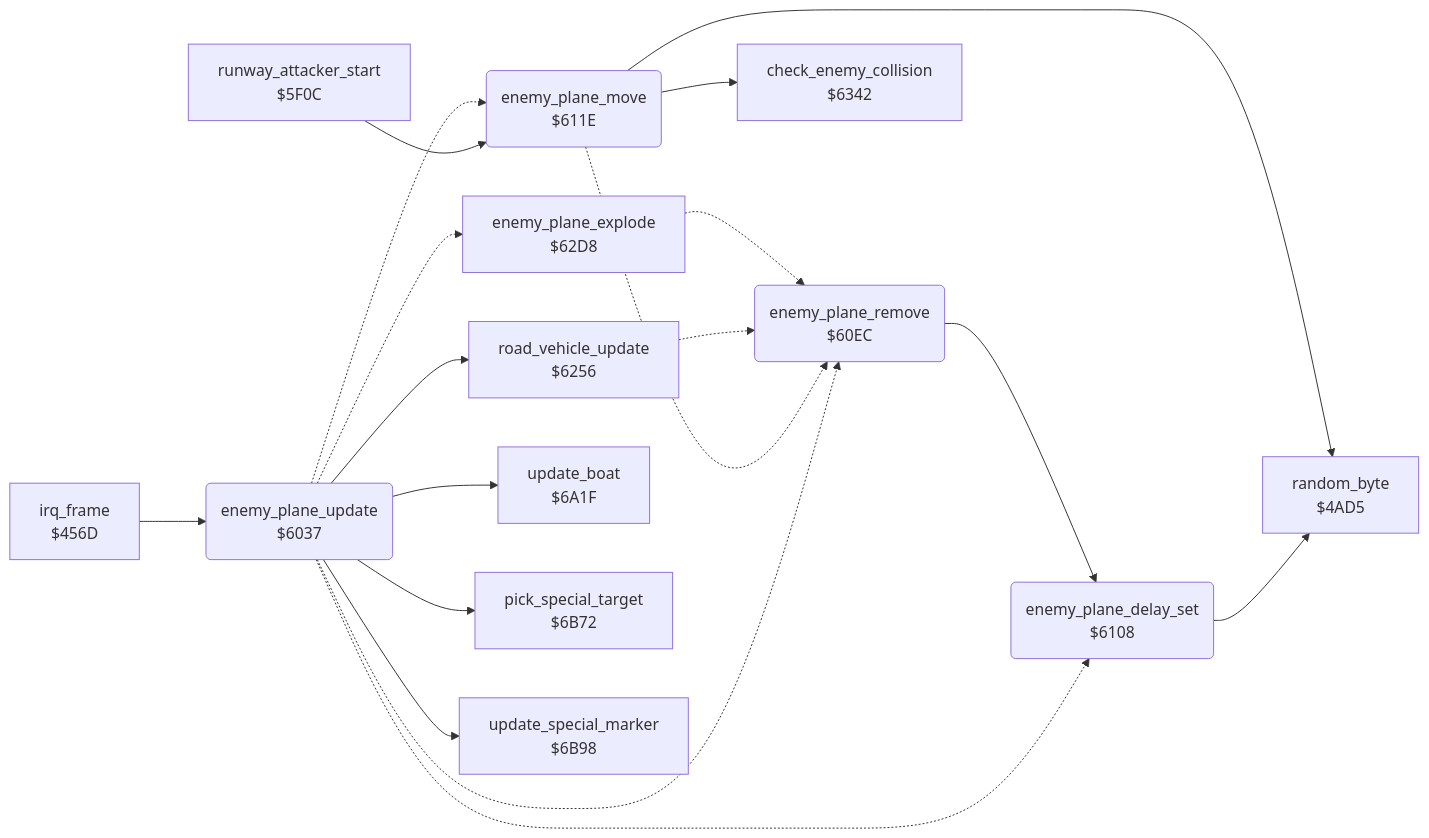
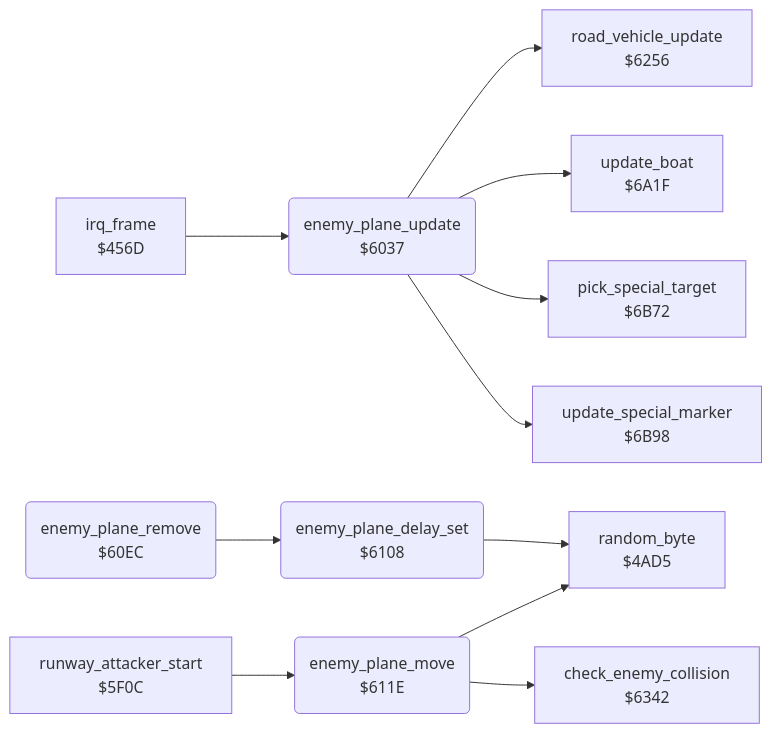
Before and after one commit to henols/c64_games: the diagram in blue_max/docs/reference/modules/enemy/enemy_plane.md, drawn with Mermaid. The commit also changed other lines of this file and 1100 other files, not shown here.

````diff
--- a/blue_max/docs/reference/modules/enemy/enemy_plane.md
+++ b/blue_max/docs/reference/modules/enemy/enemy_plane.md
@@ -10,33 +19,25 @@
 ```mermaid
 flowchart LR
   n456d["irq_frame<br/>$456D"]
   n4ad5["random_byte<br/>$4AD5"]
   n5f0c["runway_attacker_start<br/>$5F0C"]
   n6037("enemy_plane_update<br/>$6037")
   n60ec("enemy_plane_remove<br/>$60EC")
   n6108("enemy_plane_delay_set<br/>$6108")
   n611e("enemy_plane_move<br/>$611E")
   n6256["road_vehicle_update<br/>$6256"]
-  n62d8["enemy_plane_explode<br/>$62D8"]
   n6342["check_enemy_collision<br/>$6342"]
   n6a1f["update_boat<br/>$6A1F"]
   n6b72["pick_special_target<br/>$6B72"]
   n6b98["update_special_marker<br/>$6B98"]
   n456d --> n6037
   n5f0c --> n611e
-  n6037 -.-> n60ec
-  n6037 -.-> n6108
-  n6037 -.-> n611e
   n6037 --> n6256
-  n6037 -.-> n62d8
   n6037 --> n6a1f
   n6037 --> n6b72
   n6037 --> n6b98
   n60ec --> n6108
   n6108 --> n4ad5
   n611e --> n4ad5
-  n611e -.-> n60ec
   n611e --> n6342
-  n6256 -.-> n60ec
-  n62d8 -.-> n60ec
 ```
````
